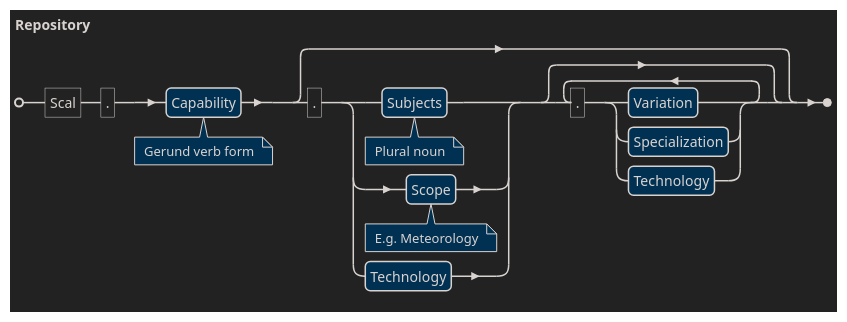
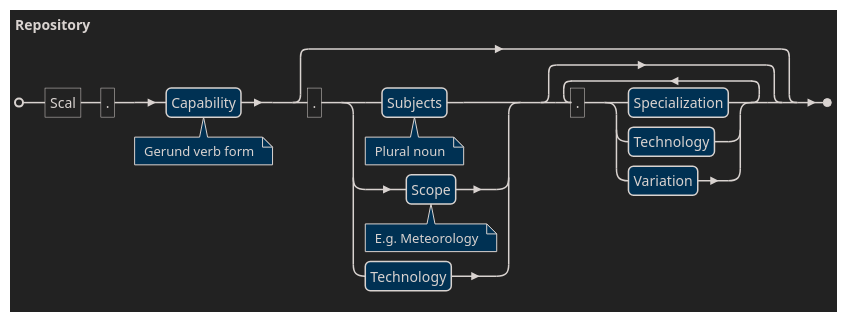
Before and after one commit to Scal-Human/Scal-Human: the diagram in Documentation/Repo-Naming.puml, drawn with PlantUML.

Commit message:
chore: Test pre-commit with updated diagram

```diff
--- a/Documentation/Repo-Naming.puml
+++ b/Documentation/Repo-Naming.puml
@@ -1,17 +1,17 @@
 @startebnf
 !theme blueprint
 SkinParam BackgroundColor #222
 Repository = "Scal", ".", Capability (* Gerund verb form *),
     [
         ".",
         (
             Subjects (* Plural noun *) |
             Scope (* E.g. Meteorology *) |
             Technology
         ),
         {
             ".",
-            ( Variation | Specialization | Technology )
+            ( Specialization | Technology | Variation )
         }
     ];
 @end
```
